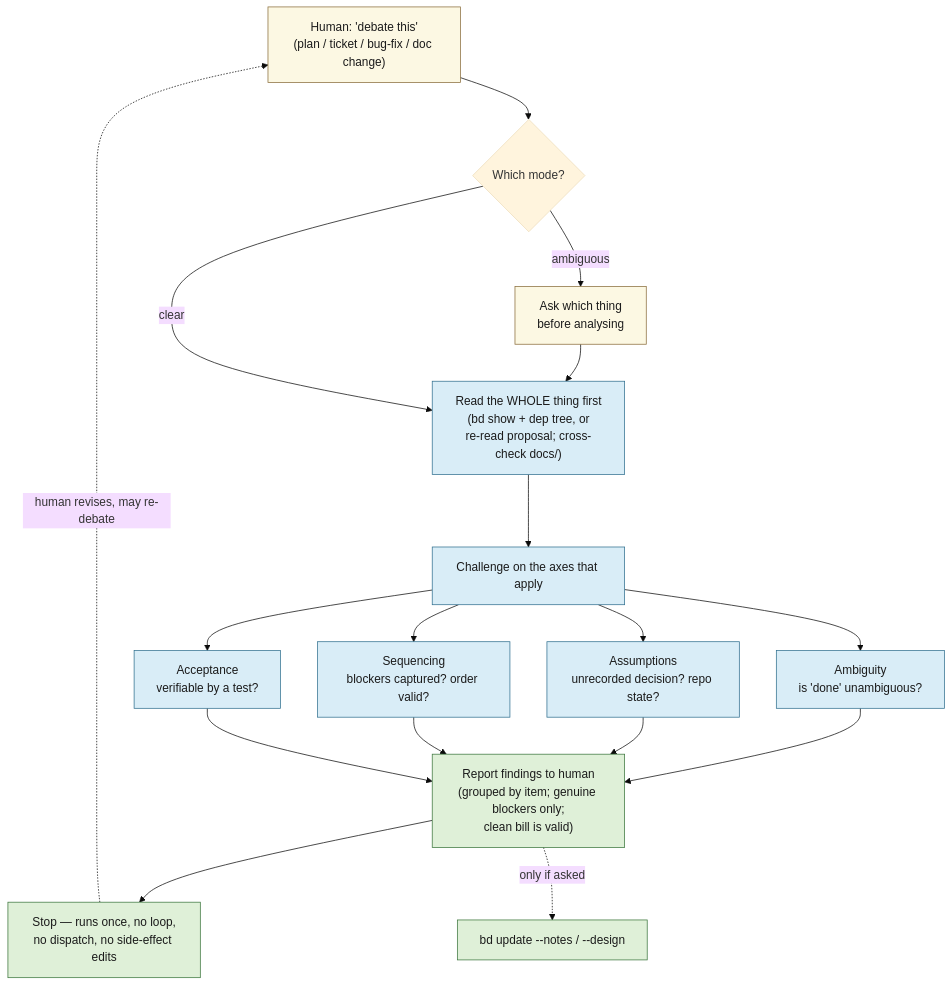
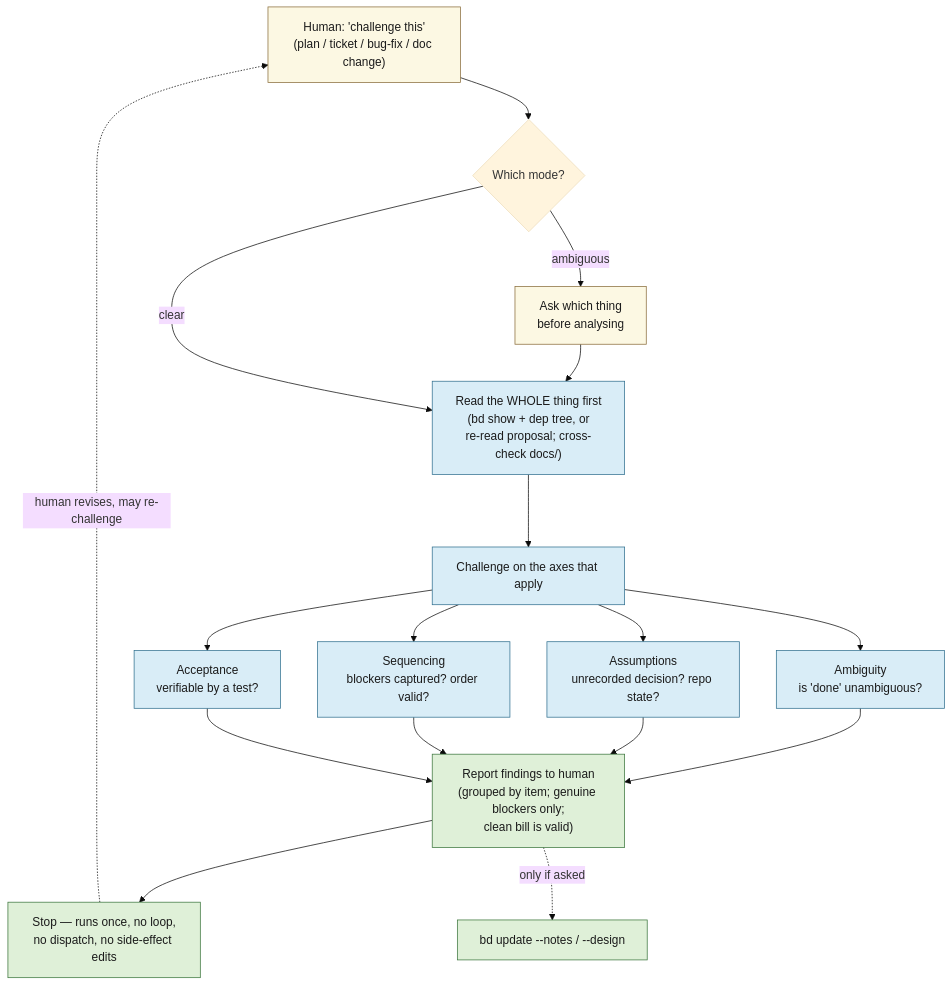
Before and after one commit to bildzeitung/lode: the first of 4 diagrams in docs/agents-workflow.md, drawn with Mermaid (base theme). The commit also changed other lines of this file and 11 other files, not shown here.

````diff
--- a/docs/agents-workflow.md
+++ b/docs/agents-workflow.md
@@ -81,29 +81,29 @@
 ```mermaid
 flowchart TD
-    START["Human: 'debate this'<br>(plan / ticket / bug-fix / doc change)"] --> MODE{"Which mode?"}
+    START["Human: 'challenge this'<br>(plan / ticket / bug-fix / doc change)"] --> MODE{"Which mode?"}
     MODE -->|"ambiguous"| ASK["Ask which thing<br>before analysing"]
     ASK --> READ
     MODE -->|"clear"| READ["Read the WHOLE thing first<br>(bd show + dep tree, or<br>re-read proposal; cross-check docs/)"]
 
     READ --> CH["Challenge on the axes that apply"]
     CH --> A1["Ambiguity<br>is 'done' unambiguous?"]
     CH --> A2["Assumptions<br>unrecorded decision? repo state?"]
     CH --> A3["Sequencing<br>blockers captured? order valid?"]
     CH --> A4["Acceptance<br>verifiable by a test?"]
 
     A1 --> REP["Report findings to human<br>(grouped by item; genuine blockers only;<br>clean bill is valid)"]
     A2 --> REP
     A3 --> REP
     A4 --> REP
 
     REP --> STOP["Stop — runs once, no loop,<br>no dispatch, no side-effect edits"]
-    STOP -.->|"human revises, may re-debate"| START
+    STOP -.->|"human revises, may re-challenge"| START
     REP -.->|"only if asked"| PERSIST["bd update --notes / --design"]
 
     classDef start fill:#fcf8e3,stroke:#8a6d3b,color:#1b1b1b;
     classDef work fill:#d9edf7,stroke:#31708f,color:#1b1b1b;
     classDef out fill:#dff0d8,stroke:#3c763d,color:#1b1b1b;
     class START,ASK start;
     class READ,CH,A1,A2,A3,A4 work;
     class REP,STOP,PERSIST out;
 ```
````
